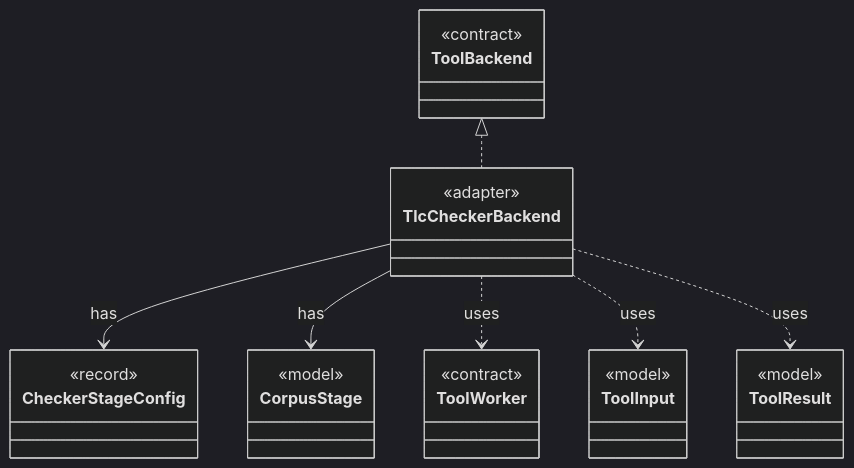
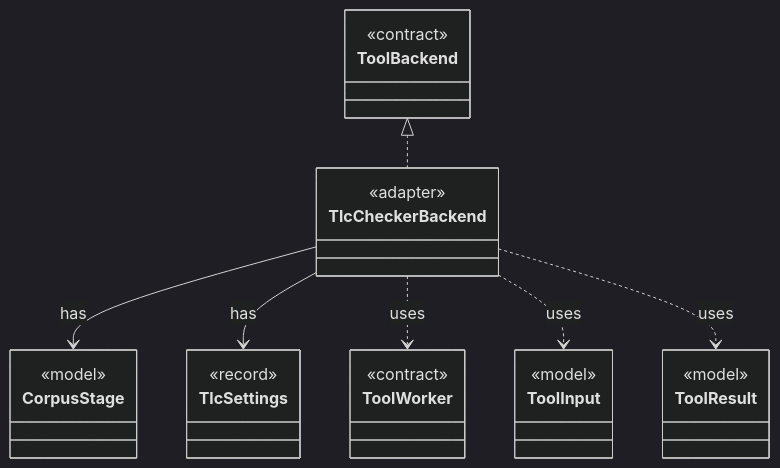
The diagram in dev/types/io.github.tlaplus.hardening.workflow.tlc.TlcCheckerBackend.md (tlaplus/model-checker-hardening), drawn with Mermaid (dark theme) before and after one commit. The commit also changed other lines of this file and 402 other files, not shown here.

````diff
--- a/dev/types/io.github.tlaplus.hardening.workflow.tlc.TlcCheckerBackend.md
+++ b/dev/types/io.github.tlaplus.hardening.workflow.tlc.TlcCheckerBackend.md
@@ -7,30 +7,30 @@
 ```mermaid
 classDiagram
   class TlcCheckerBackend {
     <<adapter>>
   }
   class ToolBackend {
     <<contract>>
   }
-  class CheckerStageConfig {
-    <<record>>
-  }
   class CorpusStage {
     <<model>>
+  }
+  class TlcSettings {
+    <<record>>
   }
   class ToolWorker {
     <<contract>>
   }
   class ToolInput {
     <<model>>
   }
   class ToolResult {
     <<model>>
   }
   ToolBackend <|.. TlcCheckerBackend
-  TlcCheckerBackend --> CheckerStageConfig : has
   TlcCheckerBackend --> CorpusStage : has
+  TlcCheckerBackend --> TlcSettings : has
   TlcCheckerBackend ..> ToolWorker : uses
   TlcCheckerBackend ..> ToolInput : uses
   TlcCheckerBackend ..> ToolResult : uses
 ```
````
